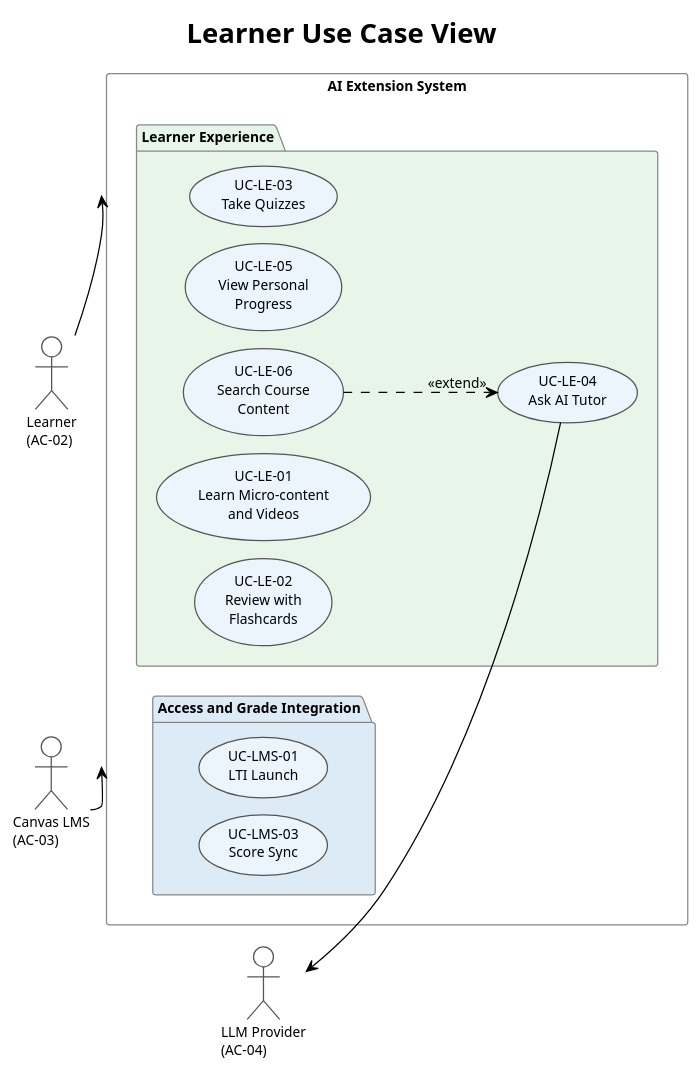
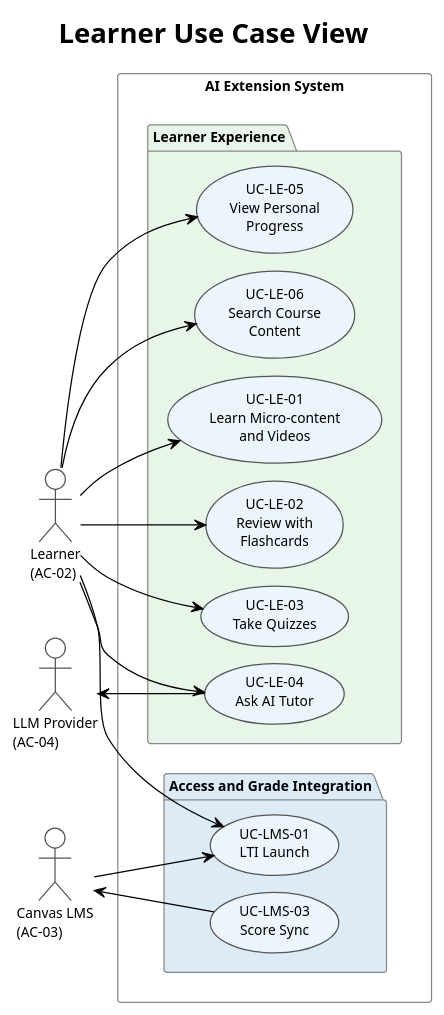
Before and after one commit to 252-DA/report: the diagram in lvtn_en/diagrams/31_usecase_learner.puml, drawn with PlantUML. The commit also changed 18 other files, not shown here.

```diff
--- a/lvtn_en/diagrams/31_usecase_learner.puml
+++ b/lvtn_en/diagrams/31_usecase_learner.puml
@@ -1,52 +1,50 @@
 @startuml usecase_learner
 !theme plain
 skinparam defaultFontName Arial
 skinparam defaultFontSize 11
 skinparam UsecaseBackgroundColor #EBF5FB
 skinparam UsecaseBorderColor #555555
 skinparam ActorBorderColor #555555
 skinparam PackageBorderColor #888888
 skinparam ranksep 18
 skinparam nodesep 14
 
 title Learner Use Case View
 
 left to right direction
 
 actor "Learner\n(AC-02)" as Learner
 
 rectangle "AI Extension System" {
 
     package "Access and Grade Integration" #DDEBF7 {
         usecase "UC-LMS-01\nLTI Launch" as UC_Launch
         usecase "UC-LMS-03\nScore Sync" as UC_AGS
     }
 
     package "Learner Experience" #E8F5E9 {
         usecase "UC-LE-01\nLearn Micro-content\nand Videos" as UC_Learn
         usecase "UC-LE-02\nReview with\nFlashcards" as UC_Flash
         usecase "UC-LE-03\nTake Quizzes" as UC_Quiz
         usecase "UC-LE-04\nAsk AI Tutor" as UC_Chat
         usecase "UC-LE-05\nView Personal\nProgress" as UC_Progress
         usecase "UC-LE-06\nSearch Course\nContent" as UC_Search
     }
 }
 
 actor "Canvas LMS\n(AC-03)" as Canvas
 actor "LLM Provider\n(AC-04)" as LLM
 
 Learner --> UC_Launch
 Learner --> UC_Learn
 Learner --> UC_Flash
 Learner --> UC_Quiz
 Learner --> UC_Chat
 Learner --> UC_Progress
 Learner --> UC_Search
 
 Canvas --> UC_Launch
 Canvas <-- UC_AGS
 LLM <-- UC_Chat
 
-UC_Search ..> UC_Chat : <<extend>>
-
 @enduml
```
